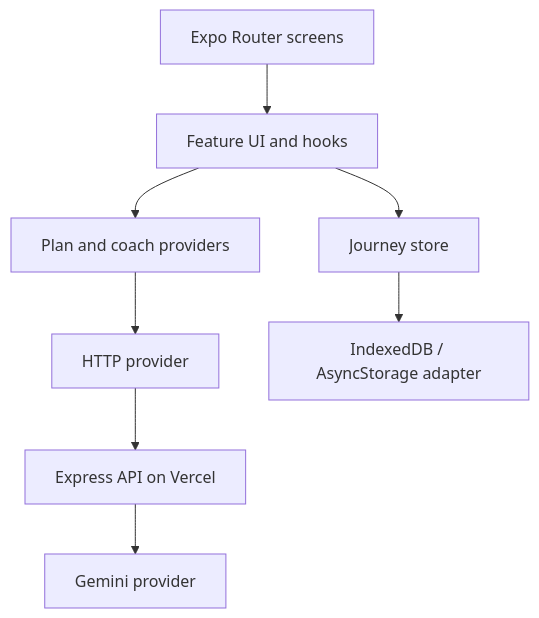
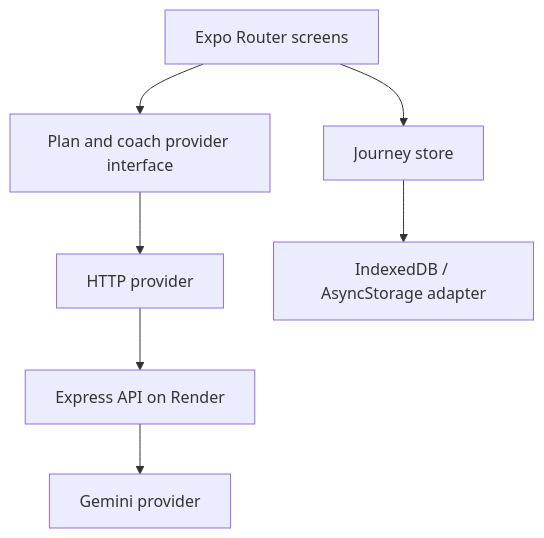
Before and after one commit to omkarborude/skillpilot-ai: the diagram in docs/ARCHITECTURE.md, drawn with Mermaid. The commit also changed other lines of this file and 42 other files, not shown here.

````diff
--- a/docs/ARCHITECTURE.md
+++ b/docs/ARCHITECTURE.md
@@ -23,10 +23,9 @@
 ```mermaid
 flowchart TD
-    R["Expo Router screens"] --> F["Feature UI and hooks"]
-    F --> S["Journey store"]
-    F --> P["Plan and coach providers"]
+    R["Expo Router screens"] --> S["Journey store"]
+    R --> P["Plan and coach provider interface"]
     P --> H["HTTP provider"]
-    H --> B["Express API on Vercel"]
+    H --> B["Express API on Render"]
     B --> G["Gemini provider"]
     S --> A["IndexedDB / AsyncStorage adapter"]
 ```
````
